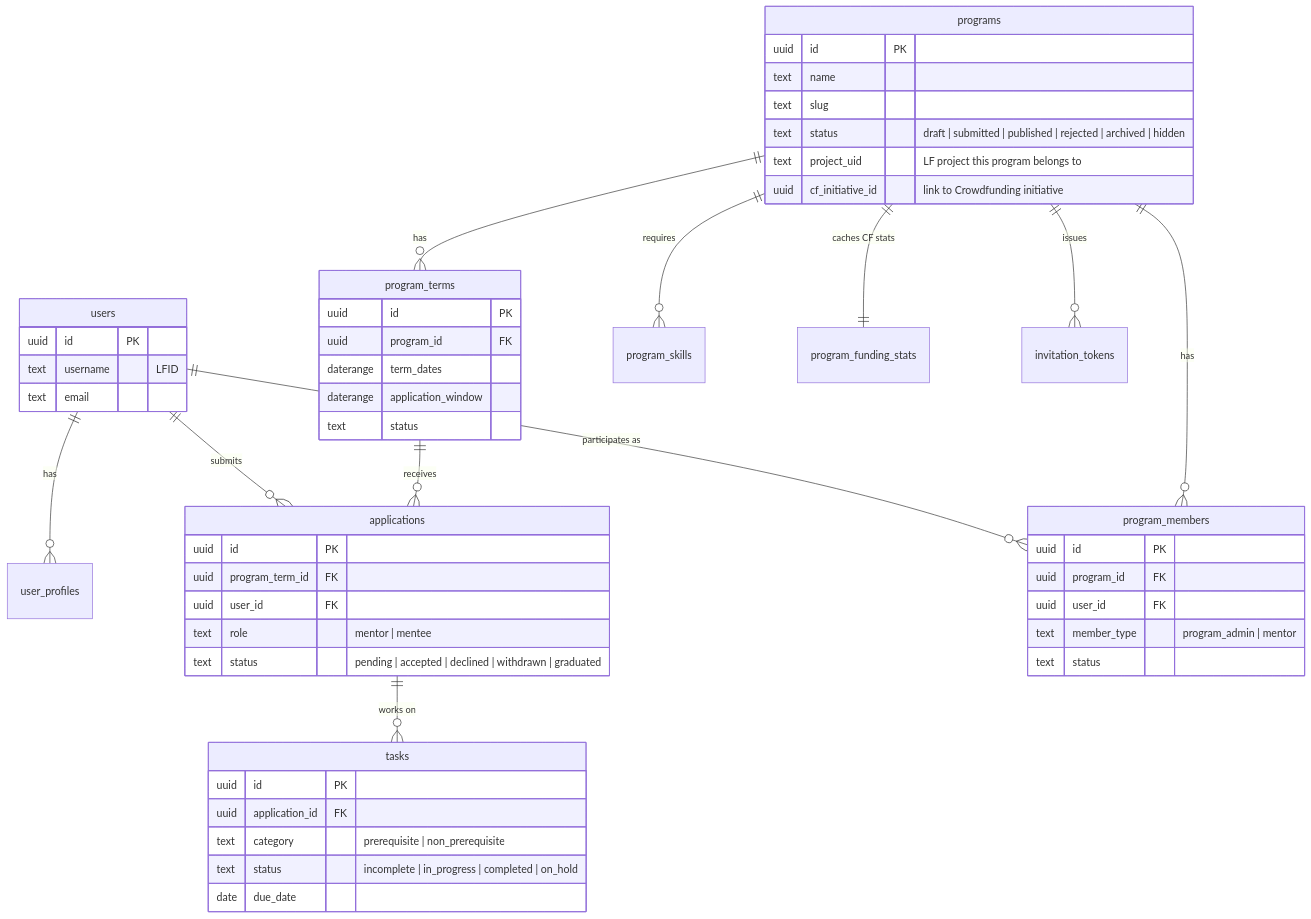
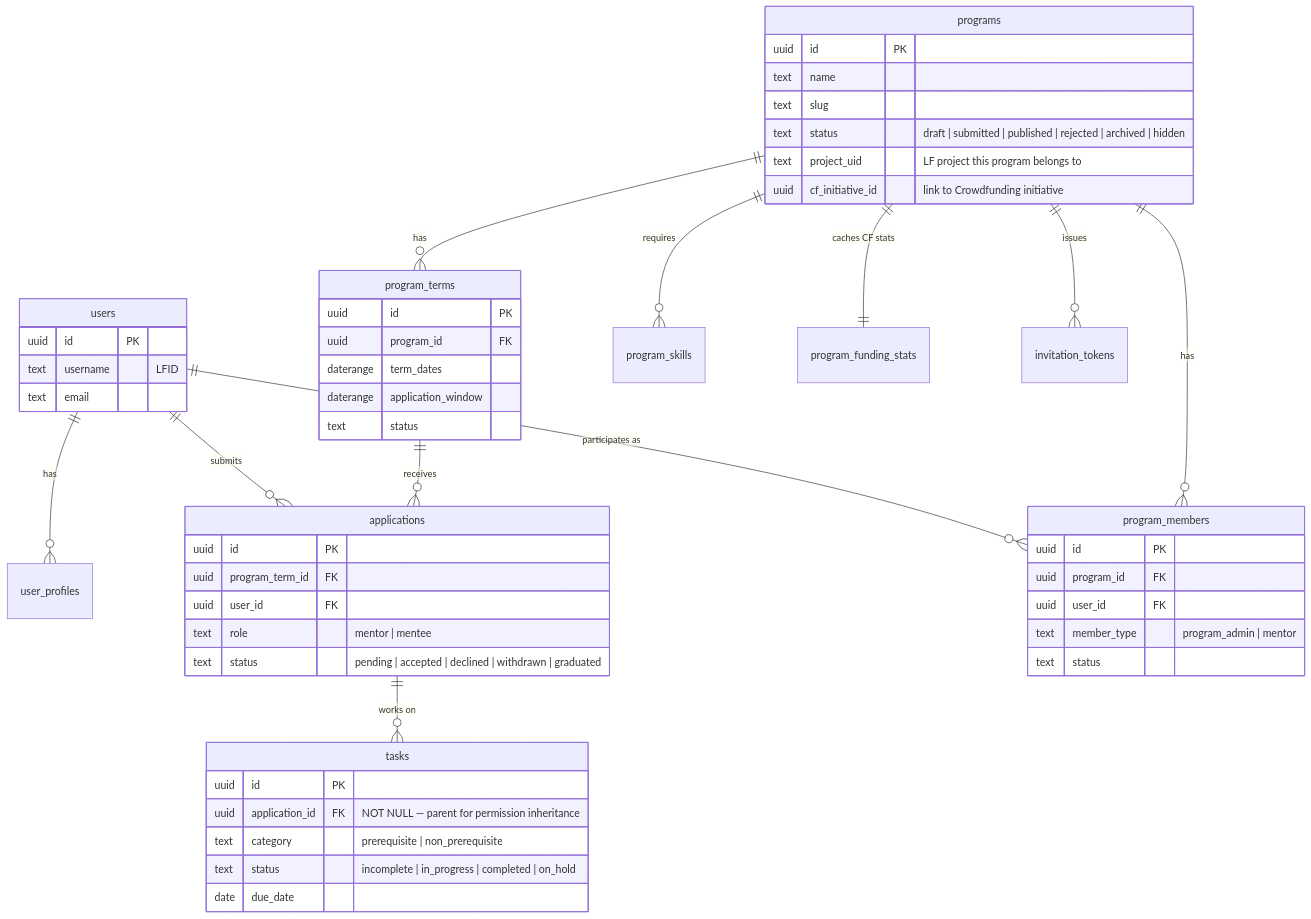
One commit to linuxfoundation/lfx-mentorship changed the second of 2 diagrams in docs/rewrite/02-target-architecture.md. Above: the diagram before and after it, drawn with Mermaid. The commit also changed other lines of this file and 3 other files, not shown here.

````diff
--- a/docs/rewrite/02-target-architecture.md
+++ b/docs/rewrite/02-target-architecture.md
@@ -96,55 +96,55 @@
 ```mermaid
 erDiagram
     users ||--o{ user_profiles : has
     users ||--o{ applications : submits
     users ||--o{ program_members : "participates as"
     programs ||--o{ program_terms : has
     programs ||--o{ program_members : has
     programs ||--o{ program_skills : requires
     programs ||--|| program_funding_stats : "caches CF stats"
     program_terms ||--o{ applications : receives
     applications ||--o{ tasks : "works on"
     programs ||--o{ invitation_tokens : issues
 
     users {
         uuid id PK
         text username "LFID"
         text email
     }
     programs {
         uuid id PK
         text name
         text slug
         text status "draft | submitted | published | rejected | archived | hidden"
         text project_uid "LF project this program belongs to"
         uuid cf_initiative_id "link to Crowdfunding initiative"
     }
     program_terms {
         uuid id PK
         uuid program_id FK
         daterange term_dates
         daterange application_window
         text status
     }
     applications {
         uuid id PK
         uuid program_term_id FK
         uuid user_id FK
         text role "mentor | mentee"
         text status "pending | accepted | declined | withdrawn | graduated"
     }
     program_members {
         uuid id PK
         uuid program_id FK
         uuid user_id FK
         text member_type "program_admin | mentor"
         text status
     }
     tasks {
         uuid id PK
-        uuid application_id FK
+        uuid application_id FK "NOT NULL — parent for permission inheritance"
         text category "prerequisite | non_prerequisite"
         text status "incomplete | in_progress | completed | on_hold"
         date due_date
     }
 ```
````
